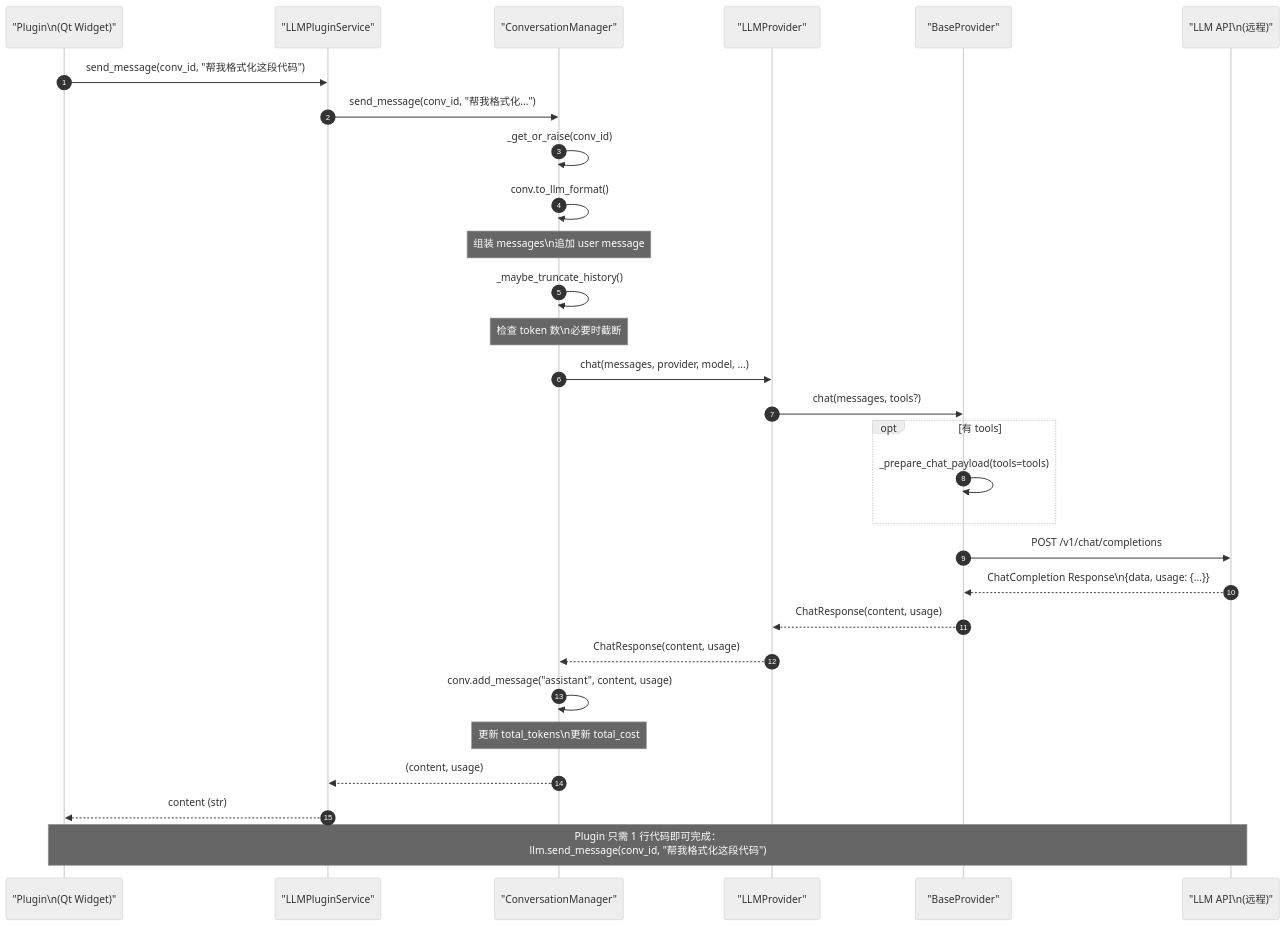
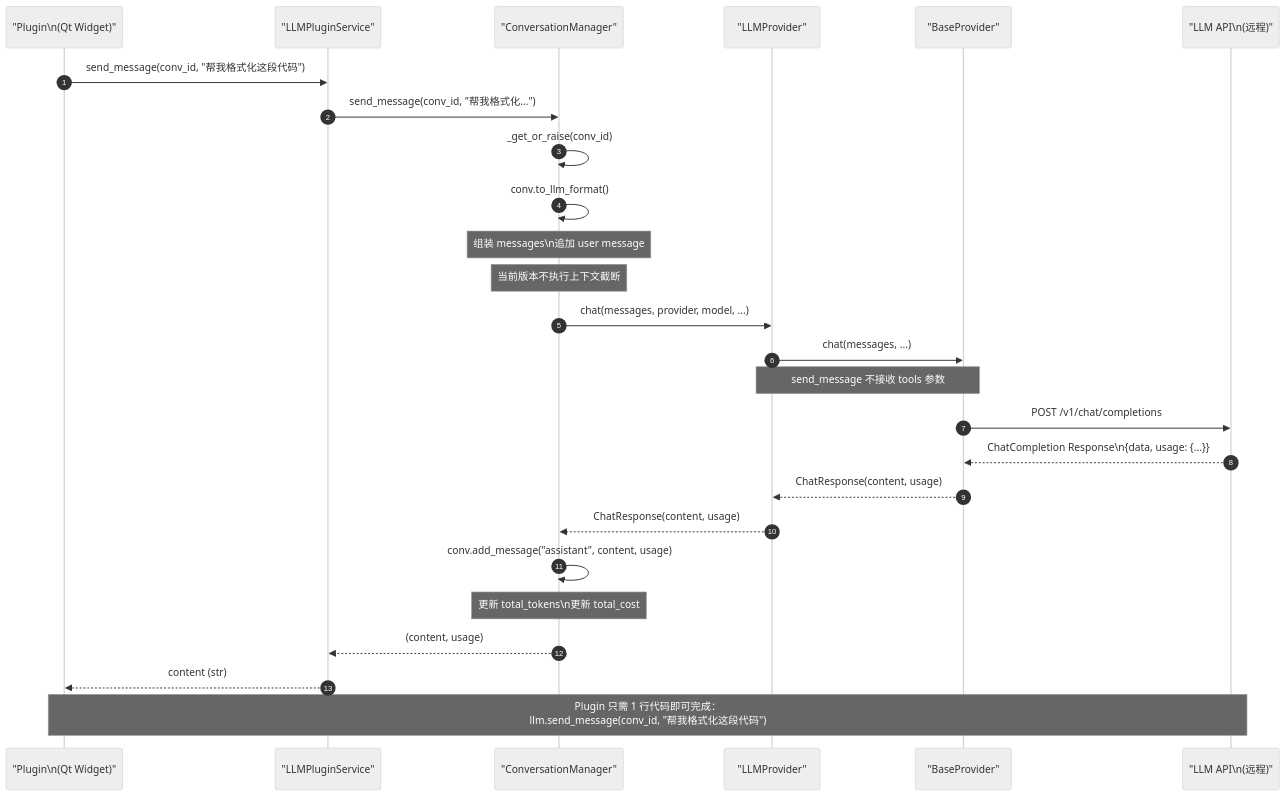
Before and after one commit to KKPIP-Tech/InstructionX: the fifth of 8 diagrams in docs/core/llm-provider/api-reference.md, drawn with Mermaid (neutral theme). The commit also changed other lines of this file and 24 other files, not shown here.

````diff
--- a/docs/core/llm-provider/api-reference.md
+++ b/docs/core/llm-provider/api-reference.md
@@ -1302,38 +1300,35 @@
 ```mermaid
 sequenceDiagram
     autonumber
     participant Plugin as "Plugin\n(Qt Widget)"
     participant LPS as "LLMPluginService"
     participant CM as "ConversationManager"
     participant LLP as "LLMProvider"
     participant BP as "BaseProvider"
     participant Remote as "LLM API\n(远程)"
 
     Plugin->>LPS: send_message(conv_id, "帮我格式化这段代码")
     LPS->>CM: send_message(conv_id, "帮我格式化...")
 
     CM->>CM: _get_or_raise(conv_id)
     CM->>CM: conv.to_llm_format()
     Note over CM: 组装 messages\n追加 user message
-    CM->>CM: _maybe_truncate_history()
-    Note over CM: 检查 token 数\n必要时截断
+    Note over CM: 当前版本不执行上下文截断
 
     CM->>LLP: chat(messages, provider, model, ...)
-    LLP->>BP: chat(messages, tools?)
+    LLP->>BP: chat(messages, ...)
 
-    opt 有 tools
-        BP->>BP: _prepare_chat_payload(tools=tools)
-    end
+    Note over LLP,BP: send_message 不接收 tools 参数
 
     BP->>Remote: POST /v1/chat/completions
     Remote-->>BP: ChatCompletion Response\n{data, usage: {...}}
     BP-->>LLP: ChatResponse(content, usage)
     LLP-->>CM: ChatResponse(content, usage)
     CM->>CM: conv.add_message("assistant", content, usage)
     Note over CM: 更新 total_tokens\n更新 total_cost
 
     CM-->>LPS: (content, usage)
     LPS-->>Plugin: content (str)
 
     Note over Plugin,Remote: Plugin 只需 1 行代码即可完成：<br/>llm.send_message(conv_id, "帮我格式化这段代码")
 ```
````
